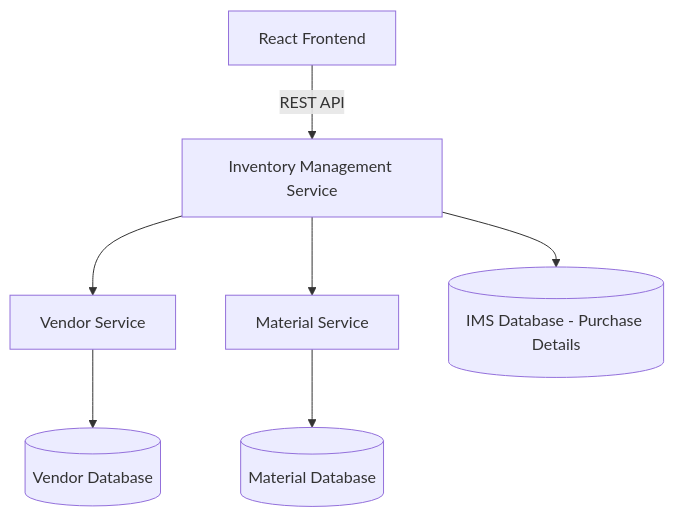
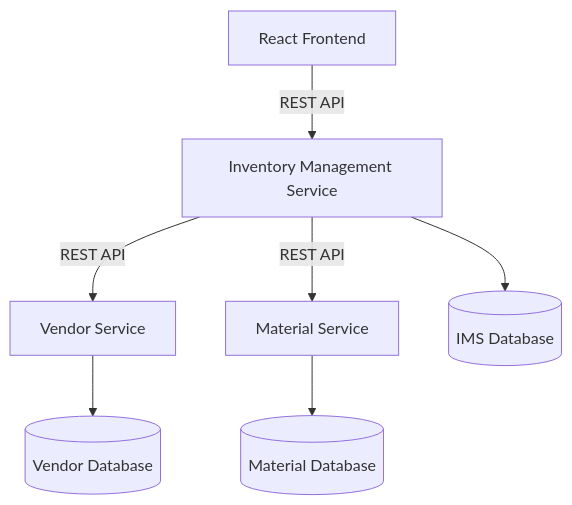
The diagram in README.md (Spoorthiak/Inventory-Management-System), drawn with Mermaid before and after one commit. The commit also changed other lines of this file, not shown here.

````diff
--- a/README.md
+++ b/README.md
@@ -45,9 +35,11 @@
 ```mermaid
 flowchart TD
     A[React Frontend] -->|REST API| B[Inventory Management Service]
-    B --> C[Vendor Service]
-    B --> D[Material Service]
-    C --> E[(Vendor Database)]
-    D --> F[(Material Database)]
-    B --> G[(IMS Database - Purchase Details)]
+
+    B -->|REST API| C[Vendor Service]
+    B -->|REST API| D[Material Service]
+
+    B --> E[(IMS Database)]
+    C --> F[(Vendor Database)]
+    D --> G[(Material Database)]
 ```
````
